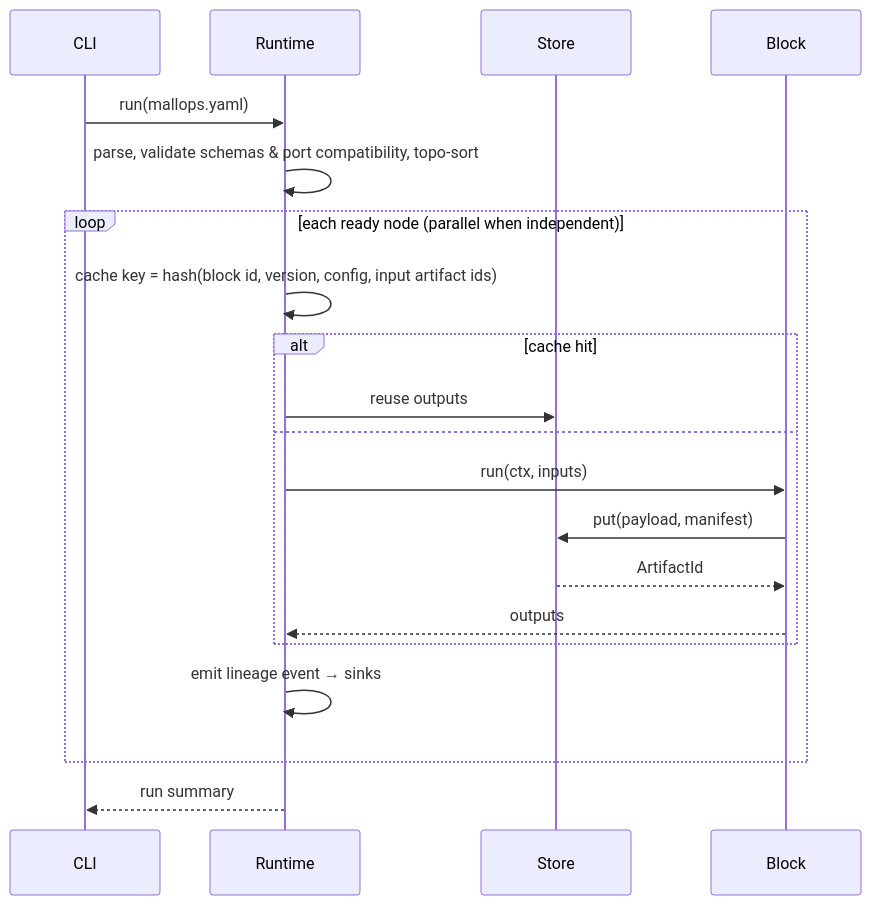
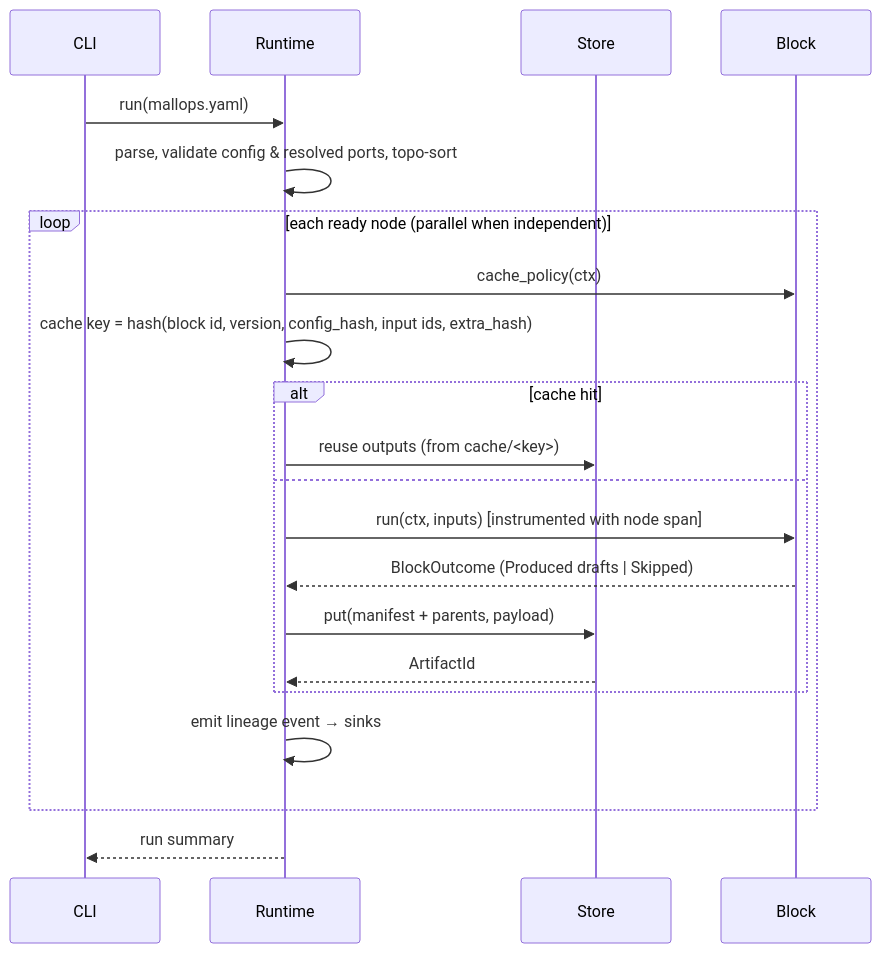
The second of 5 diagrams in docs/ARCHITECTURE.md (bighands2304/mallops), drawn with Mermaid before and after one commit. The commit also changed other lines of this file and 5 other files, not shown here.

````diff
--- a/docs/ARCHITECTURE.md
+++ b/docs/ARCHITECTURE.md
@@ -116,22 +149,23 @@
 ```mermaid
 sequenceDiagram
     participant CLI
     participant Core as Runtime
     participant Store
     participant B as Block
     CLI->>Core: run(mallops.yaml)
-    Core->>Core: parse, validate schemas & port compatibility, topo-sort
+    Core->>Core: parse, validate config & resolved ports, topo-sort
     loop each ready node (parallel when independent)
-        Core->>Core: cache key = hash(block id, version, config, input artifact ids)
+        Core->>B: cache_policy(ctx)
+        Core->>Core: cache key = hash(block id, version, config_hash, input ids, extra_hash)
         alt cache hit
-            Core->>Store: reuse outputs
+            Core->>Store: reuse outputs (from cache/<key>)
         else
-            Core->>B: run(ctx, inputs)
-            B->>Store: put(payload, manifest)
-            Store-->>B: ArtifactId
-            B-->>Core: outputs
+            Core->>B: run(ctx, inputs) [instrumented with node span]
+            B-->>Core: BlockOutcome (Produced drafts | Skipped)
+            Core->>Store: put(manifest + parents, payload)
+            Store-->>Core: ArtifactId
         end
         Core->>Core: emit lineage event → sinks
     end
     Core-->>CLI: run summary
 ```
````
